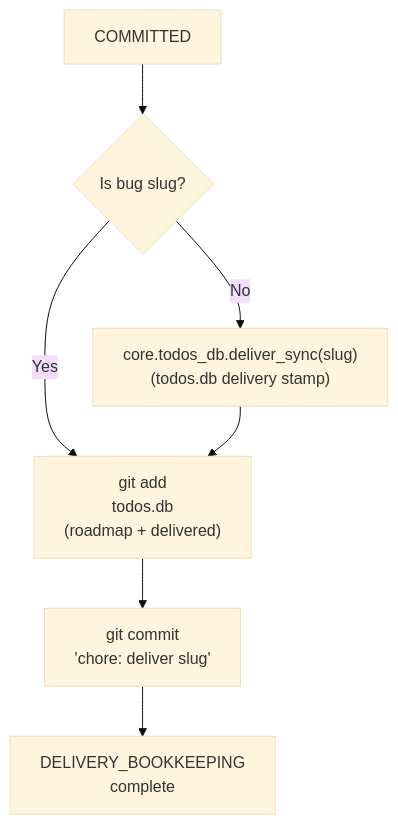
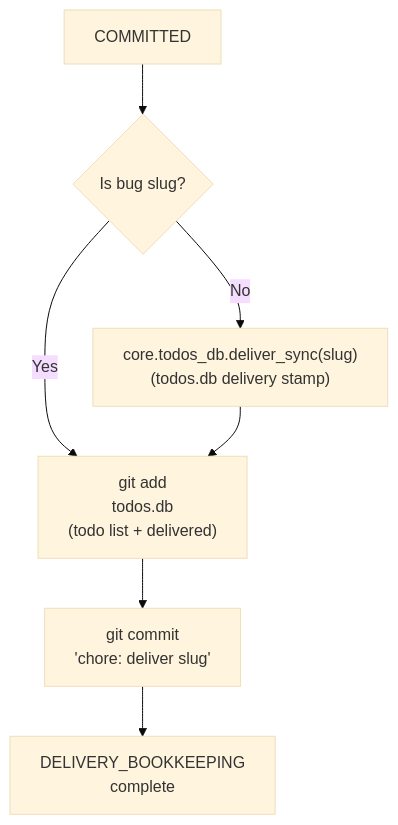
Before and after one commit to InstruktAI/TeleClaude: the tenth of 12 diagrams in docs/project/design/architecture/integration-state-machine.md, drawn with Mermaid (base theme). The commit also changed other lines of this file and 77 other files, not shown here.

First line of the commit message:
chore(roadmap-terminology-reference-cleanup): collapse roadmap CLI references into todo

````diff
--- a/docs/project/design/architecture/integration-state-machine.md
+++ b/docs/project/design/architecture/integration-state-machine.md
@@ -451,20 +451,20 @@
 ```mermaid
 flowchart TD
     Committed["COMMITTED"]
 
     IsBug{"Is bug slug?"}
 
     Deliver["core.todos_db.deliver_sync(slug)<br/>(todos.db delivery stamp)"]
 
-    Stage["git add<br/>todos.db<br/>(roadmap + delivered)"]
+    Stage["git add<br/>todos.db<br/>(todo list + delivered)"]
     Commit["git commit<br/>'chore: deliver slug'"]
 
     Push["DELIVERY_BOOKKEEPING<br/>complete"]
 
     Committed --> IsBug
     IsBug -->|"No"| Deliver
     IsBug -->|"Yes"| Stage
     Deliver --> Stage
     Stage --> Commit
     Commit --> Push
 ```
````
